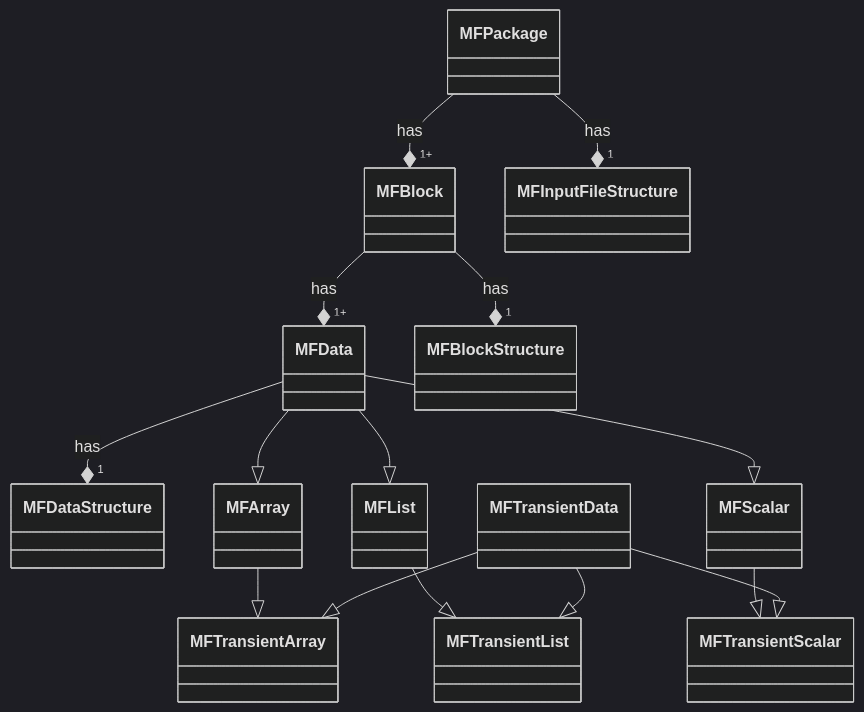
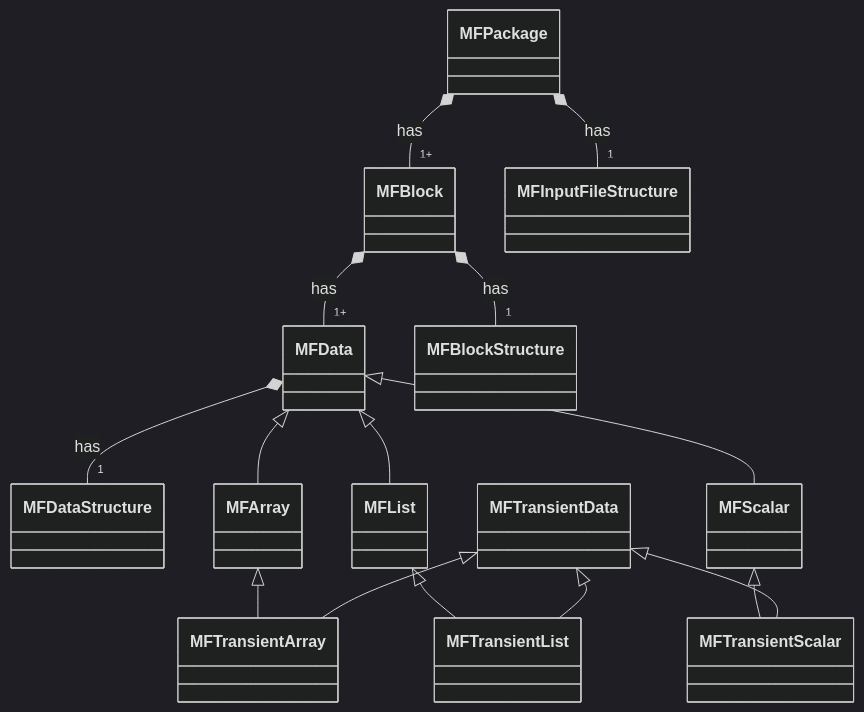
One commit to modflowpy/flopy changed the second of 2 diagrams in docs/mf6_dev_guide.md. Above: the diagram before and after it, drawn with Mermaid (dark theme). The commit also changed other lines of this file and 2 other files, not shown here.

Commit message:
remove unused statement, fix mermaid diagrams in mf6_dev_guide, add boltons to readme

````diff
--- a/docs/mf6_dev_guide.md
+++ b/docs/mf6_dev_guide.md
@@ -31,18 +31,18 @@
 ```mermaid
 classDiagram
 
-MFPackage --* "1+" MFBlock : has
-MFBlock --* "1+" MFData : has
-MFPackage --* "1" MFInputFileStructure : has
-MFBlock --* "1" MFBlockStructure : has
-MFData --* "1" MFDataStructure : has
-MFData --|> MFArray
-MFArray --|> MFTransientArray
-MFData --|> MFList
-MFList --|> MFTransientList
-MFData --|> MFScalar
-MFScalar --|> MFTransientScalar
-MFTransientData --|> MFTransientArray
-MFTransientData --|> MFTransientList
-MFTransientData --|> MFTransientScalar
+MFPackage *-- "1+" MFBlock : has
+MFBlock *-- "1+" MFData : has
+MFPackage *-- "1" MFInputFileStructure : has
+MFBlock *-- "1" MFBlockStructure : has
+MFData *-- "1" MFDataStructure : has
+MFData <|-- MFArray
+MFArray <|-- MFTransientArray
+MFData <|-- MFList
+MFList <|-- MFTransientList
+MFData <|-- MFScalar
+MFScalar <|-- MFTransientScalar
+MFTransientData <|-- MFTransientArray
+MFTransientData <|-- MFTransientList
+MFTransientData <|-- MFTransientScalar
 ```
````
